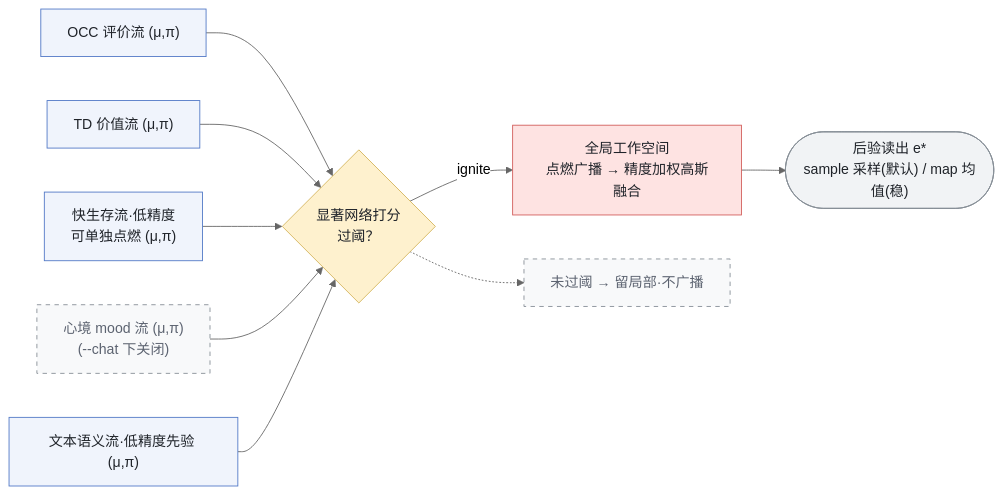
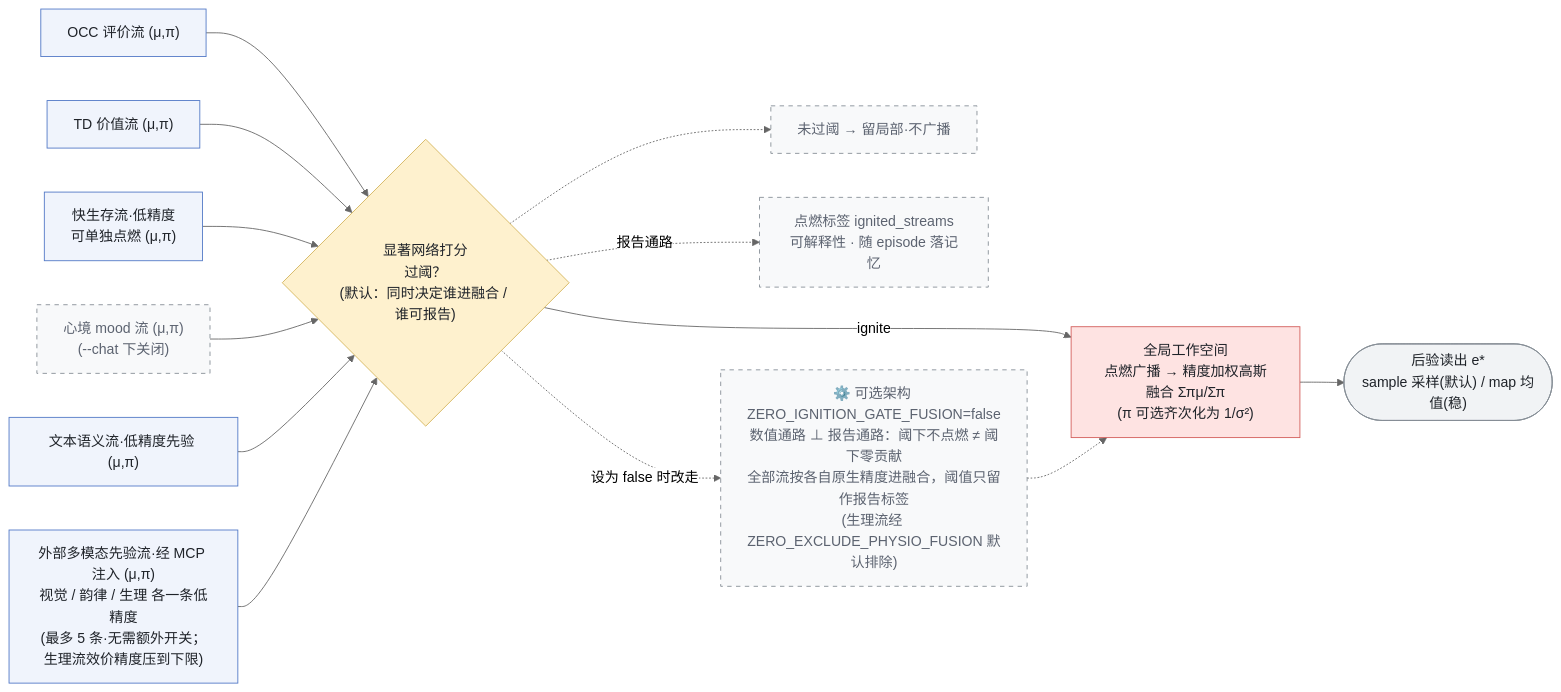
Before and after one commit to WizardHeHeJun/Zero: the diagram in docs/v2/workspace-ignition.mmd, drawn with Mermaid (neutral theme). The commit also changed 19 other files, not shown here.

First line of the commit message:
docs: 全量文档对齐 —— README 对外口径 + 图集 9→11 张 + 四处源码注释订正

```diff
--- a/docs/v2/workspace-ignition.mmd
+++ b/docs/v2/workspace-ignition.mmd
@@ -1,20 +1,26 @@
 flowchart LR
   occ["OCC 评价流 (μ,π)"]:::stream
   val["TD 价值流 (μ,π)"]:::stream
   sur["快生存流·低精度<br/>可单独点燃 (μ,π)"]:::stream
   moo["心境 mood 流 (μ,π)<br/>(--chat 下关闭)"]:::muted
   sem["文本语义流·低精度先验 (μ,π)"]:::stream
-  sal{"显著网络打分<br/>过阈？"}:::gate
-  gw["全局工作空间<br/>点燃广播 → 精度加权高斯融合"]:::engine
+  ext["外部多模态先验流·经 MCP 注入 (μ,π)<br/>视觉 / 韵律 / 生理 各一条低精度<br/>(最多 5 条·无需额外开关；生理流效价精度压到下限)"]:::stream
+  sal{"显著网络打分<br/>过阈？<br/>(默认：同时决定谁进融合 / 谁可报告)"}:::gate
+  gw["全局工作空间<br/>点燃广播 → 精度加权高斯融合 Σπμ/Σπ<br/>(π 可选齐次化为 1/σ²)"]:::engine
   loc["未过阈 → 留局部·不广播"]:::muted
+  rep["点燃标签 ignited_streams<br/>可解释性 · 随 episode 落记忆"]:::muted
+  bypass["⚙️ 可选架构 ZERO_IGNITION_GATE_FUSION=false<br/>数值通路 ⊥ 报告通路：阈下不点燃 ≠ 阈下零贡献<br/>全部流按各自原生精度进融合，阈值只留作报告标签<br/>(生理流经 ZERO_EXCLUDE_PHYSIO_FUSION 默认排除)"]:::muted
   estar(["后验读出 e*<br/>sample 采样(默认) / map 均值(稳)"]):::terminal
 
-  occ & val & sur & moo & sem --> sal
+  occ & val & sur & moo & sem & ext --> sal
   sal -->|"ignite"| gw --> estar
   sal -.-> loc
+  sal -.->|"报告通路"| rep
+  sal -.->|"设为 false 时改走"| bypass
+  bypass -.-> gw
 
   classDef stream fill:#F0F4FC,stroke:#5178C6,color:#1F2329
   classDef gate fill:#FEF1CE,stroke:#D4B45B,color:#1F2329
   classDef engine fill:#FEE3E2,stroke:#D25D5A,color:#1F2329
   classDef muted fill:#F8F9FA,stroke:#868E96,stroke-dasharray:5 5,color:#5C6370
   classDef terminal fill:#F1F3F5,stroke:#868E96,color:#1F2329
```
